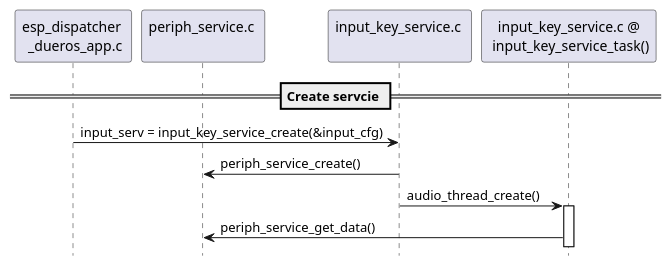
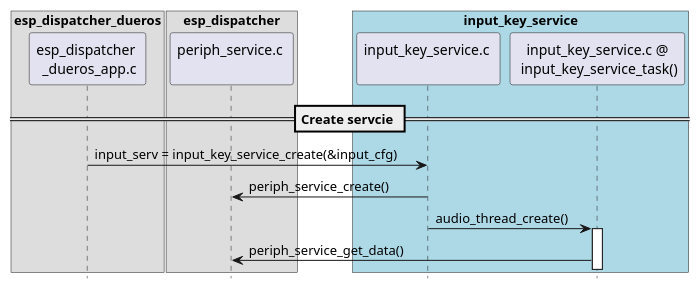
Before and after one commit to liangzhu2008/learn-esp-adf: the second of 9 diagrams in docs/inside-dispatcher/input_key_service.rst, drawn with PlantUML. The commit also changed other lines of this file and 14 other files, not shown here.

Commit message:
用 plantweb 替换 plantuml.jar & graphviz

```diff
--- a/docs/inside-dispatcher/input_key_service.rst
+++ b/docs/inside-dispatcher/input_key_service.rst
@@ -76,16 +84,24 @@
 .. uml::
 
     hide footbox
 
-    participant "esp_dispatcher \n _dueros_app.c" as adf_app order 10
-    participant "periph_service.c \n" as periph_service order 20
-    participant "input_key_service.c \n" as spec_service order 50
-    participant "input_key_service.c @\n input_key_service_task()" as inner_task order 60
+    box "esp_dispatcher_dueros"
+    participant "esp_dispatcher \n _dueros_app.c" as example order 10
+    end box
+
+    box "esp_dispatcher" 
+    participant "periph_service.c \n"               as periph_service order 20
+    end box
+
+    box "input_key_service" #LightBlue
+    participant "input_key_service.c \n"                as input_service order 50
+    participant "input_key_service.c @\n input_key_service_task()" as input_task order 60
+    end box
 
       
     == Create servcie ==
-    adf_app        -> spec_service : input_serv = input_key_service_create(&input_cfg)
-    periph_service <- spec_service : periph_service_create()
-    spec_service   -> inner_task   : audio_thread_create()
-    activate inner_task 
-    periph_service <- inner_task   : periph_service_get_data()
+    example        -> input_service : input_serv = input_key_service_create(&input_cfg)
+    periph_service <- input_service : periph_service_create()
+    input_service   -> input_task   : audio_thread_create()
+    activate input_task 
+    periph_service <- input_task   : periph_service_get_data()
```
